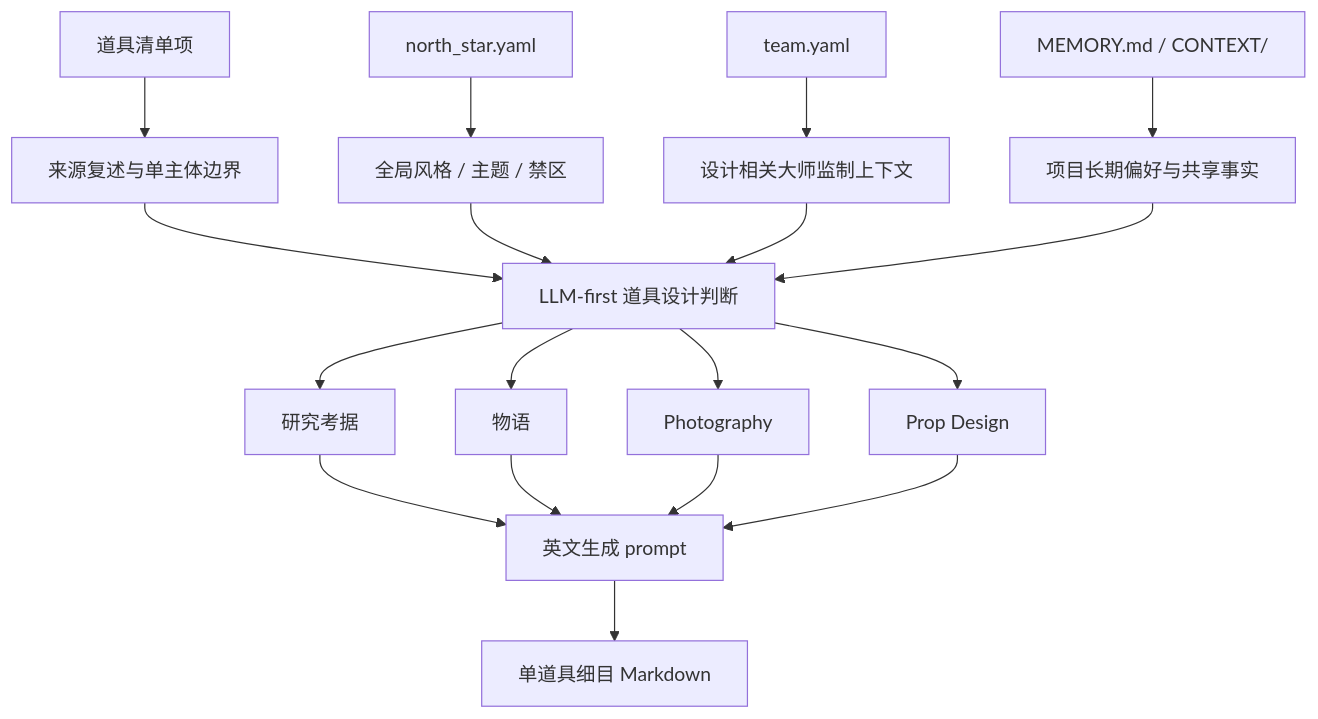
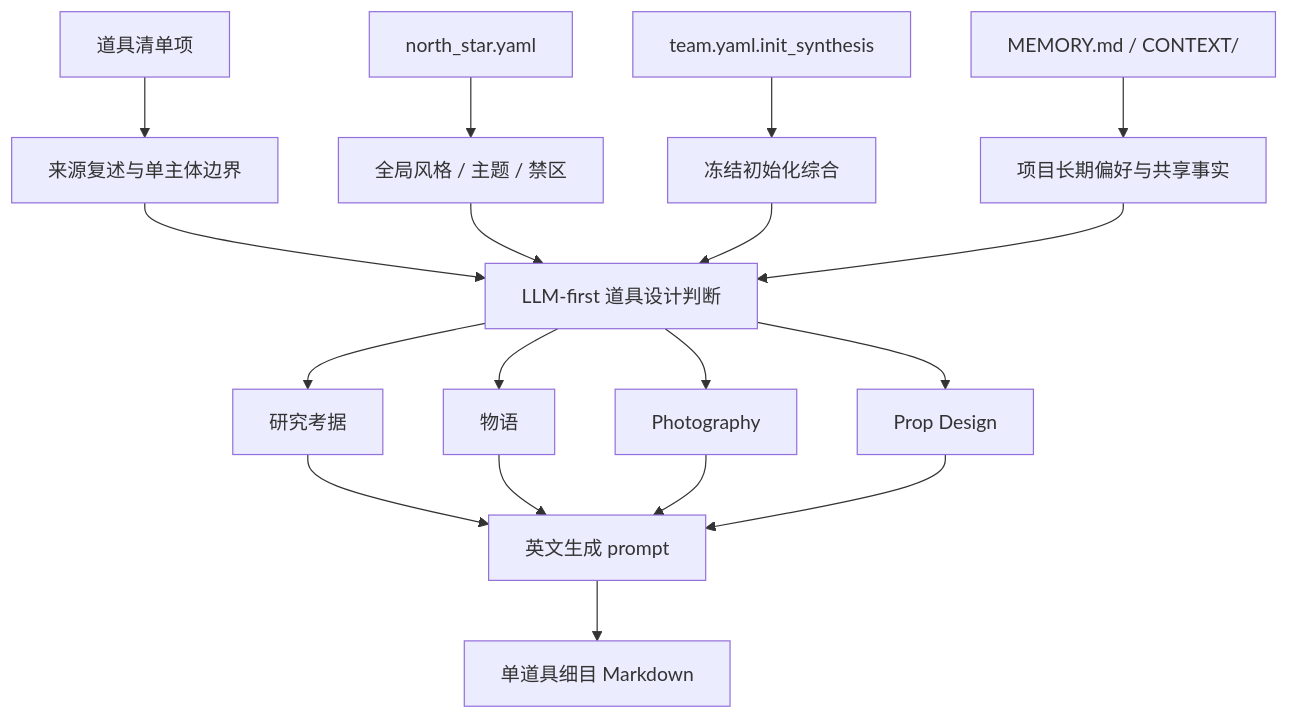
The first of 2 diagrams in .agents/skills/aigc/6-设计/道具/2-设计/references/prop-design-contract.md (ZEN-VOID/AI-CUT), drawn with Mermaid before and after one commit. The commit also changed 240 other files, not shown here.

````diff
--- a/.agents/skills/aigc/6-设计/道具/2-设计/references/prop-design-contract.md
+++ b/.agents/skills/aigc/6-设计/道具/2-设计/references/prop-design-contract.md
@@ -46,20 +46,20 @@
 ```mermaid
 flowchart TD
     A["道具清单项"] --> B["来源复述与单主体边界"]
     C["north_star.yaml"] --> D["全局风格 / 主题 / 禁区"]
-    E["team.yaml"] --> F["设计相关大师监制上下文"]
+    E["team.yaml.init_synthesis"] --> F["冻结初始化综合"]
     G["MEMORY.md / CONTEXT/"] --> H["项目长期偏好与共享事实"]
     B --> I["LLM-first 道具设计判断"]
     D --> I
     F --> I
     H --> I
     I --> J["研究考据"]
     I --> K["物语"]
     I --> L["Photography"]
     I --> M["Prop Design"]
     J --> N["英文生成 prompt"]
     K --> N
     L --> N
     M --> N
     N --> O["单道具细目 Markdown"]
 ```
````
